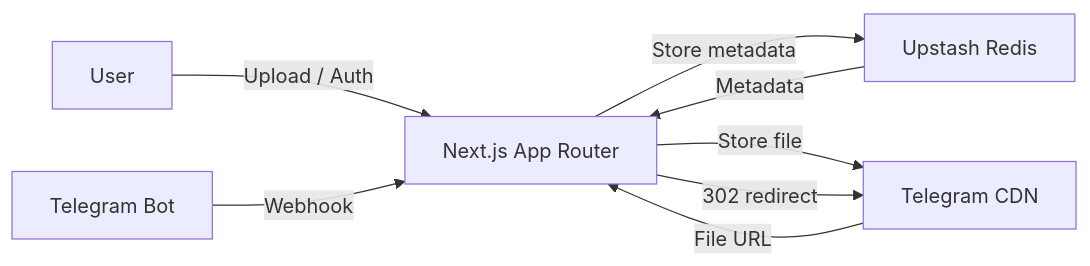
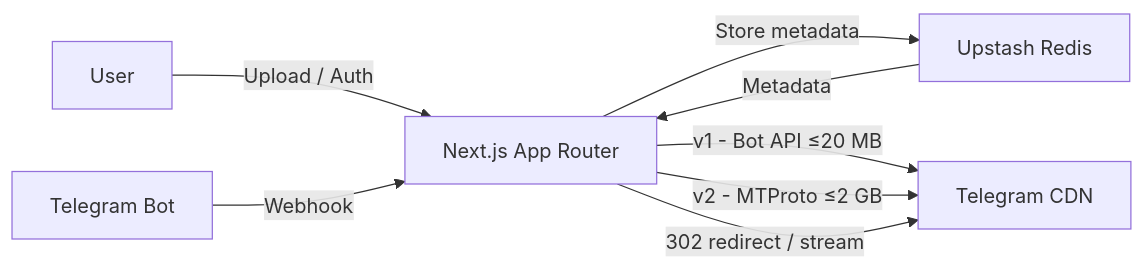
The diagram in README.md (GeekLuffy/PixEdge), drawn with Mermaid before and after one commit. The commit also changed other lines of this file and 8 other files, not shown here.

````diff
--- a/README.md
+++ b/README.md
@@ -170,10 +211,10 @@
 ```mermaid
 graph LR
     User -->|Upload / Auth| Next[Next.js App Router]
     Next -->|Store metadata| Redis[Upstash Redis]
-    Next -->|Store file| Telegram[Telegram CDN]
-    Next -->|302 redirect| Telegram
+    Next -->|v1 - Bot API ≤20 MB| Telegram[Telegram CDN]
+    Next -->|v2 - MTProto ≤2 GB| Telegram
+    Next -->|302 redirect / stream| Telegram
     Redis -->|Metadata| Next
-    Telegram -->|File URL| Next
     Bot[Telegram Bot] -->|Webhook| Next
 ```
````
